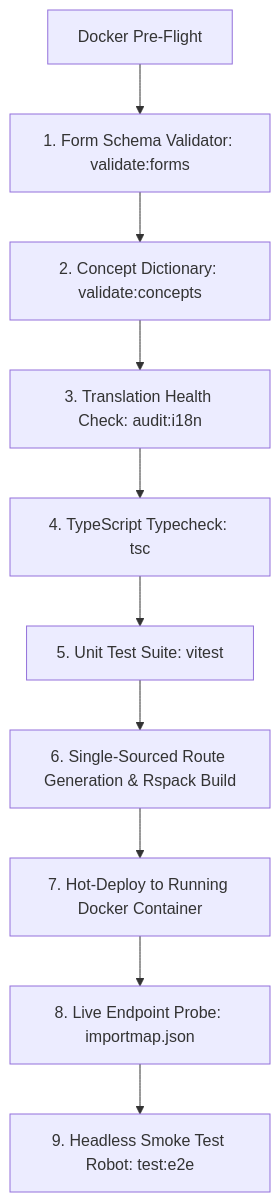
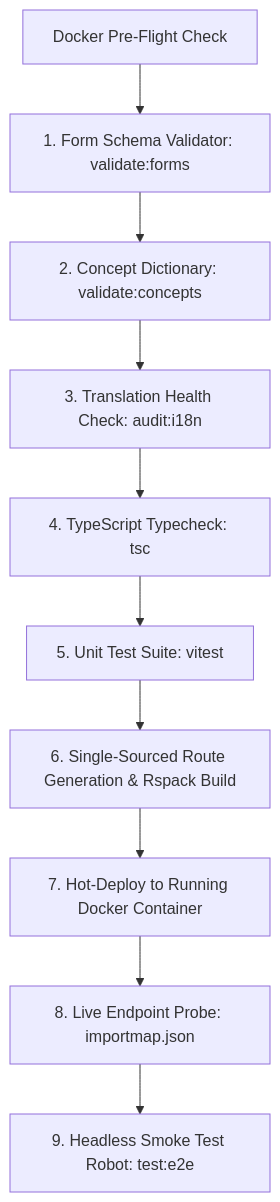
The second of 2 diagrams in docs/records/2026-10-14/presentation_notes.md (MET4L-DS/open-mrs), drawn with Mermaid before and after one commit. The commit also changed other lines of this file and 24 other files, not shown here.

````diff
--- a/docs/records/2026-10-14/presentation_notes.md
+++ b/docs/records/2026-10-14/presentation_notes.md
@@ -51,12 +57,12 @@
 ```mermaid
 flowchart TD
-    Pre[Docker Pre-Flight] --> Gate1[1. Form Schema Validator: validate:forms]
+    Pre[Docker Pre-Flight Check] --> Gate1[1. Form Schema Validator: validate:forms]
     Gate1 --> Gate2[2. Concept Dictionary: validate:concepts]
     Gate2 --> Gate3[3. Translation Health Check: audit:i18n]
     Gate3 --> Gate4[4. TypeScript Typecheck: tsc]
     Gate4 --> Gate5[5. Unit Test Suite: vitest]
     Gate5 --> Build[6. Single-Sourced Route Generation & Rspack Build]
     Build --> Deploy[7. Hot-Deploy to Running Docker Container]
     Deploy --> Probe[8. Live Endpoint Probe: importmap.json]
     Probe --> E2E[9. Headless Smoke Test Robot: test:e2e]
 ```
````
